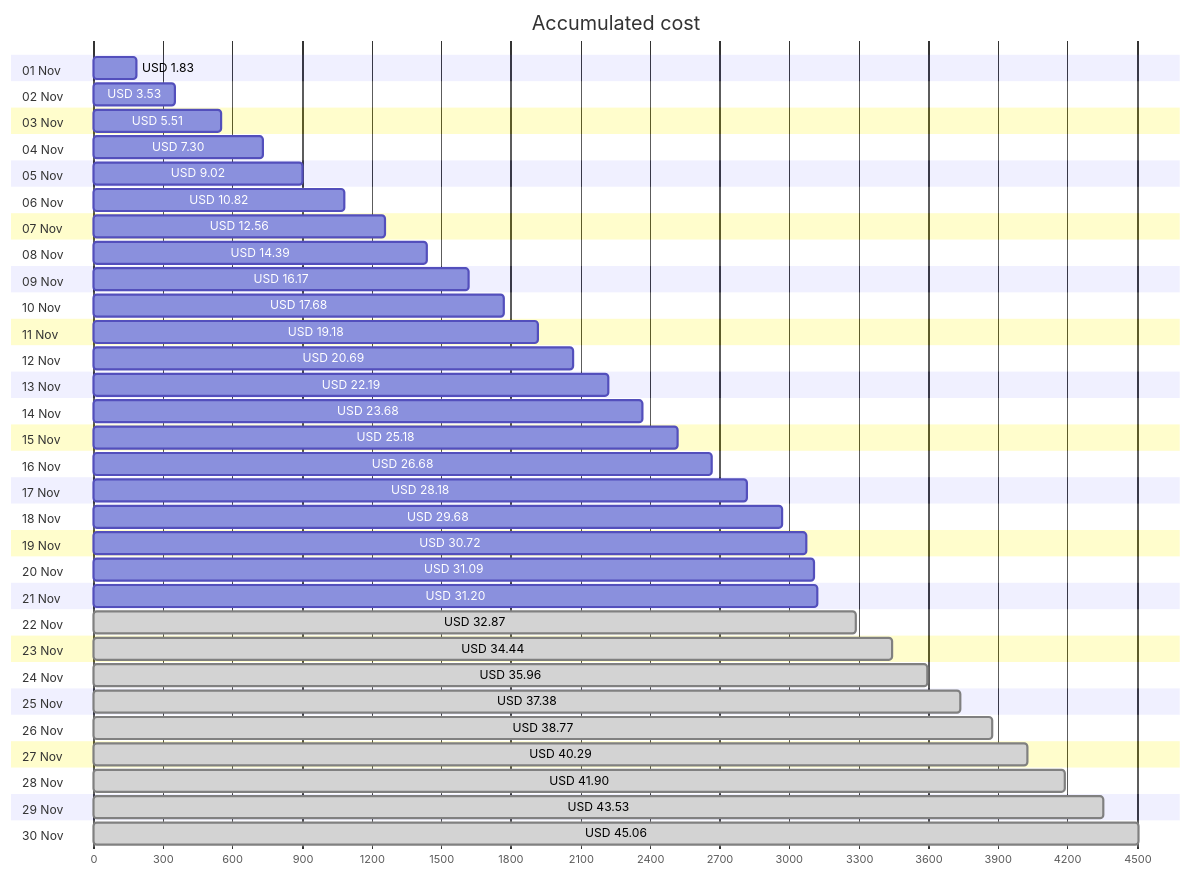
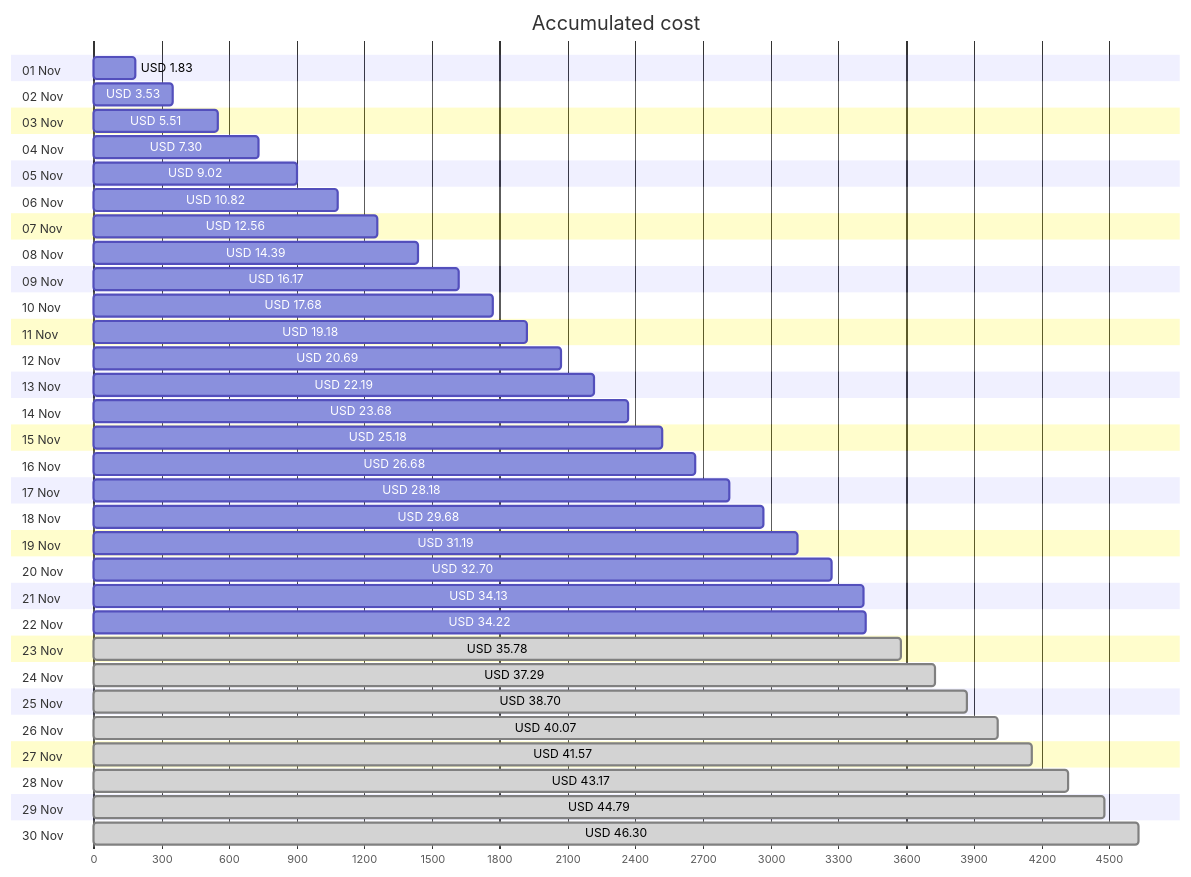
The first of 4 diagrams in cost-reports/personal-network/README.md (jpfulton/azure-personal-reports), drawn with Mermaid before and after one commit. The commit also changed other lines of this file and 8 other files, not shown here.

````diff
--- a/cost-reports/personal-network/README.md
+++ b/cost-reports/personal-network/README.md
@@ -20,66 +20,66 @@
 ```mermaid
 gantt
    title Accumulated cost
    dateFormat  X
    axisFormat %s
    section 01 Nov
    USD 1.83 :0, 183
    section 02 Nov
    USD 3.53 :0, 353
    section 03 Nov
    USD 5.51 :0, 551
    section 04 Nov
    USD 7.30 :0, 730
    section 05 Nov
    USD 9.02 :0, 902
    section 06 Nov
    USD 10.82 :0, 1082
    section 07 Nov
    USD 12.56 :0, 1256
    section 08 Nov
    USD 14.39 :0, 1439
    section 09 Nov
    USD 16.17 :0, 1617
    section 10 Nov
    USD 17.68 :0, 1768
    section 11 Nov
    USD 19.18 :0, 1918
    section 12 Nov
    USD 20.69 :0, 2069
    section 13 Nov
    USD 22.19 :0, 2219
    section 14 Nov
    USD 23.68 :0, 2368
    section 15 Nov
    USD 25.18 :0, 2518
    section 16 Nov
    USD 26.68 :0, 2668
    section 17 Nov
    USD 28.18 :0, 2818
    section 18 Nov
    USD 29.68 :0, 2968
    section 19 Nov
-   USD 30.72 :0, 3072
+   USD 31.19 :0, 3119
    section 20 Nov
-   USD 31.09 :0, 3109
+   USD 32.70 :0, 3270
    section 21 Nov
-   USD 31.20 :0, 3120
+   USD 34.13 :0, 3413
    section 22 Nov
-   USD 32.87 : done, 0, 3287
+   USD 34.22 :0, 3422
    section 23 Nov
-   USD 34.44 : done, 0, 3444
+   USD 35.78 : done, 0, 3578
    section 24 Nov
-   USD 35.96 : done, 0, 3596
+   USD 37.29 : done, 0, 3729
    section 25 Nov
-   USD 37.38 : done, 0, 3738
+   USD 38.70 : done, 0, 3870
    section 26 Nov
-   USD 38.77 : done, 0, 3877
+   USD 40.07 : done, 0, 4007
    section 27 Nov
-   USD 40.29 : done, 0, 4029
+   USD 41.57 : done, 0, 4157
    section 28 Nov
-   USD 41.90 : done, 0, 4190
+   USD 43.17 : done, 0, 4317
    section 29 Nov
-   USD 43.53 : done, 0, 4353
+   USD 44.79 : done, 0, 4479
    section 30 Nov
-   USD 45.06 : done, 0, 4506
+   USD 46.30 : done, 0, 4630
 ```
````
